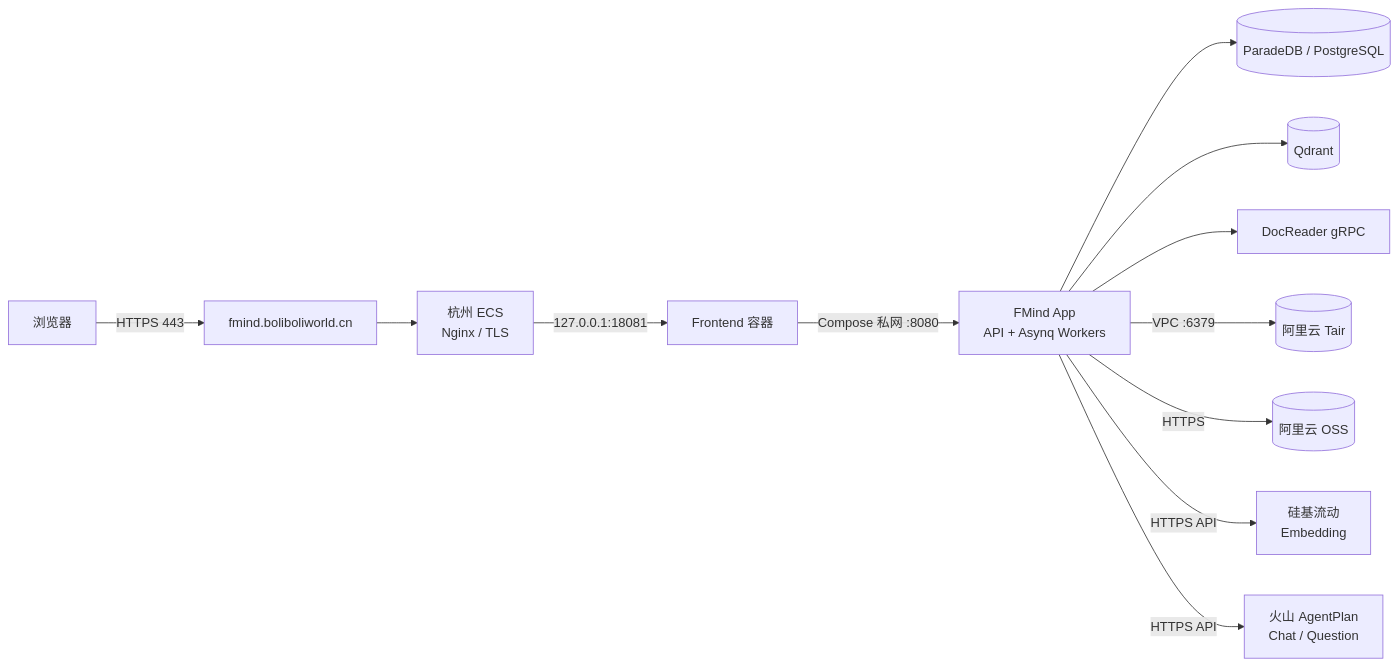
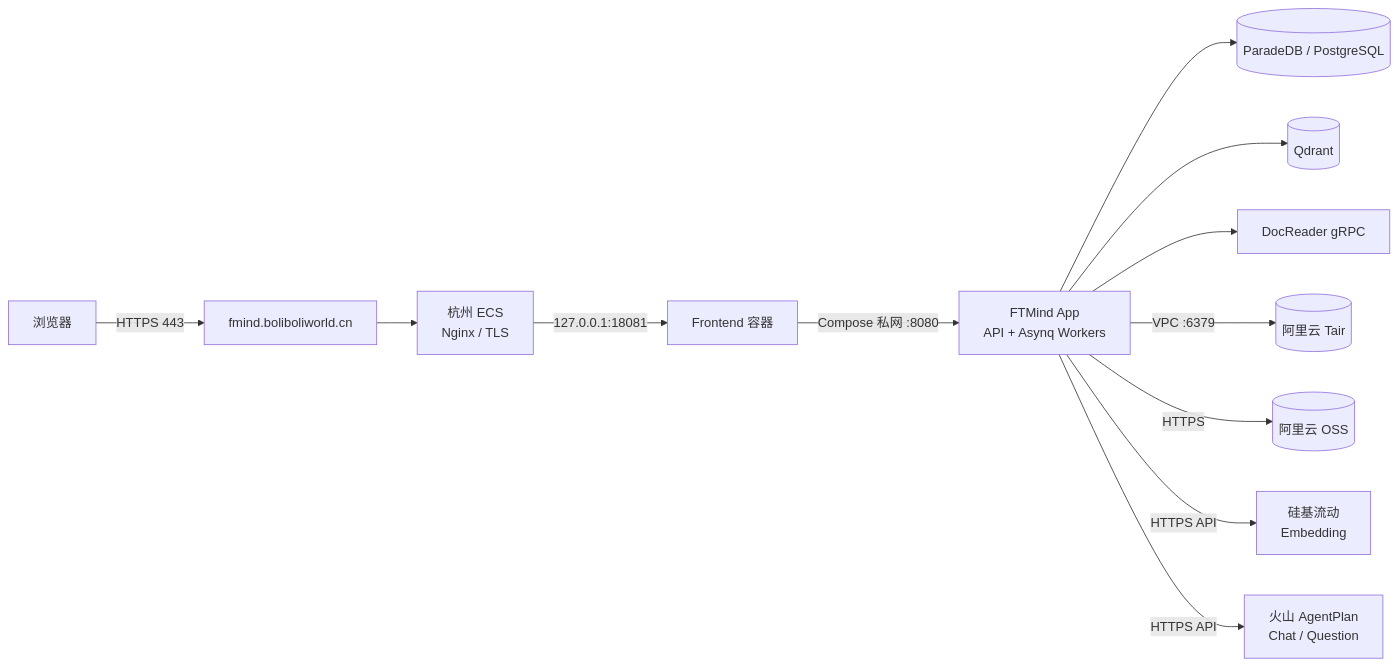
One commit to justaboyhai-wq/FTMind changed the diagram in docs/DEPLOYMENT_RUNBOOK.md. Above: the diagram before and after it, drawn with Mermaid. The commit also changed other lines of this file and 355 other files, not shown here.

First line of the commit message:
feat: global rebrand from FMind to FTMind with backward compatibility

````diff
--- a/docs/DEPLOYMENT_RUNBOOK.md
+++ b/docs/DEPLOYMENT_RUNBOOK.md
@@ -26,14 +26,14 @@
 ```mermaid
 flowchart LR
     U[浏览器] -->|HTTPS 443| DNS[fmind.boliboliworld.cn]
     DNS --> NG[杭州 ECS<br/>Nginx / TLS]
     NG -->|127.0.0.1:18081| FE[Frontend 容器]
-    FE -->|Compose 私网 :8080| APP[FMind App<br/>API + Asynq Workers]
+    FE -->|Compose 私网 :8080| APP[FTMind App<br/>API + Asynq Workers]
     APP --> PG[(ParadeDB / PostgreSQL)]
     APP --> Q[(Qdrant)]
     APP --> DR[DocReader gRPC]
     APP -->|VPC :6379| R[(阿里云 Tair)]
     APP -->|HTTPS| OSS[(阿里云 OSS)]
     APP -->|HTTPS API| SF[硅基流动<br/>Embedding]
     APP -->|HTTPS API| VOLC[火山 AgentPlan<br/>Chat / Question]
 ```
````
